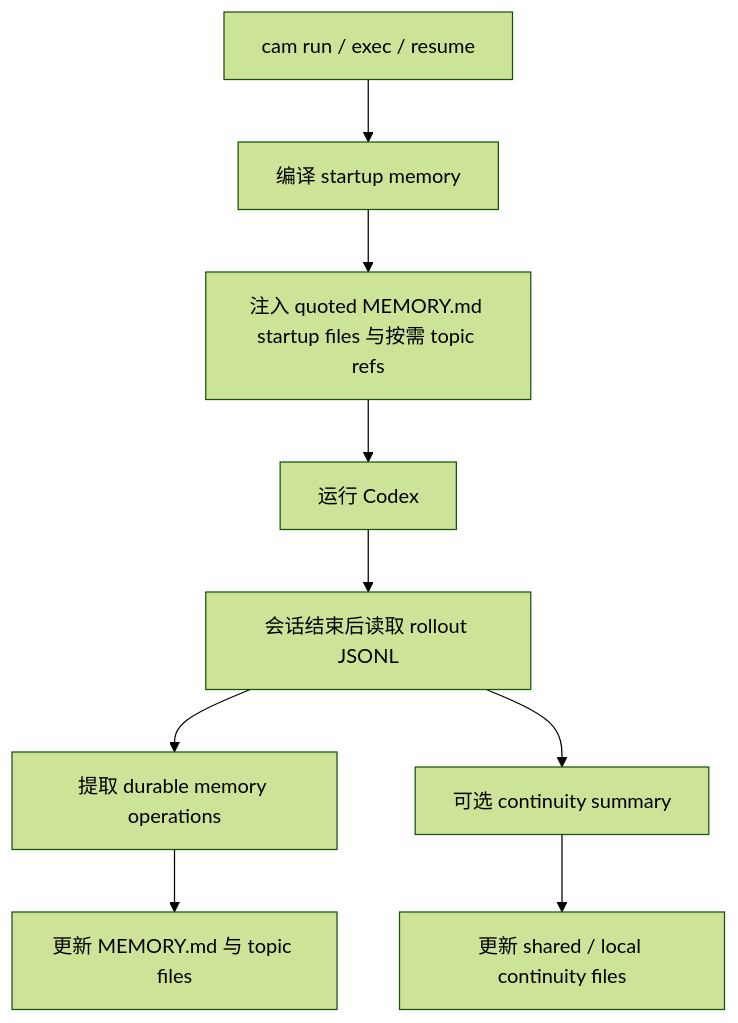
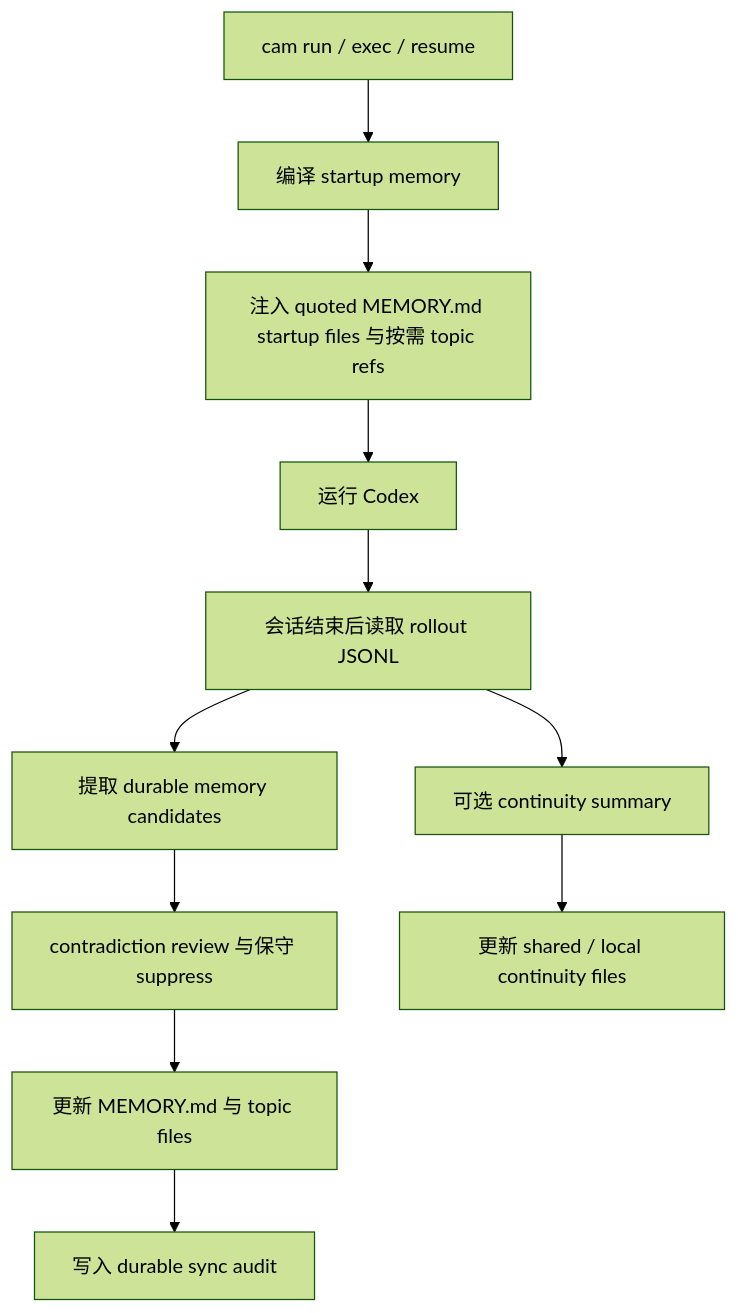
The diagram in docs/architecture.md (Boulea7/Codex-Auto-Memory), drawn with Mermaid (forest theme) before and after one commit. The commit also changed other lines of this file and 28 other files, not shown here.

````diff
--- a/docs/architecture.md
+++ b/docs/architecture.md
@@ -28,11 +28,13 @@
 ```mermaid
 flowchart TD
     A[cam run / exec / resume] --> B[编译 startup memory]
     B --> C[注入 quoted MEMORY.md startup files 与按需 topic refs]
     C --> D[运行 Codex]
     D --> E[会话结束后读取 rollout JSONL]
-    E --> F[提取 durable memory operations]
+    E --> F[提取 durable memory candidates]
     E --> G[可选 continuity summary]
-    F --> H[更新 MEMORY.md 与 topic files]
-    G --> I[更新 shared / local continuity files]
+    F --> H[contradiction review 与保守 suppress]
+    H --> I[更新 MEMORY.md 与 topic files]
+    I --> J[写入 durable sync audit]
+    G --> K[更新 shared / local continuity files]
 ```
````
